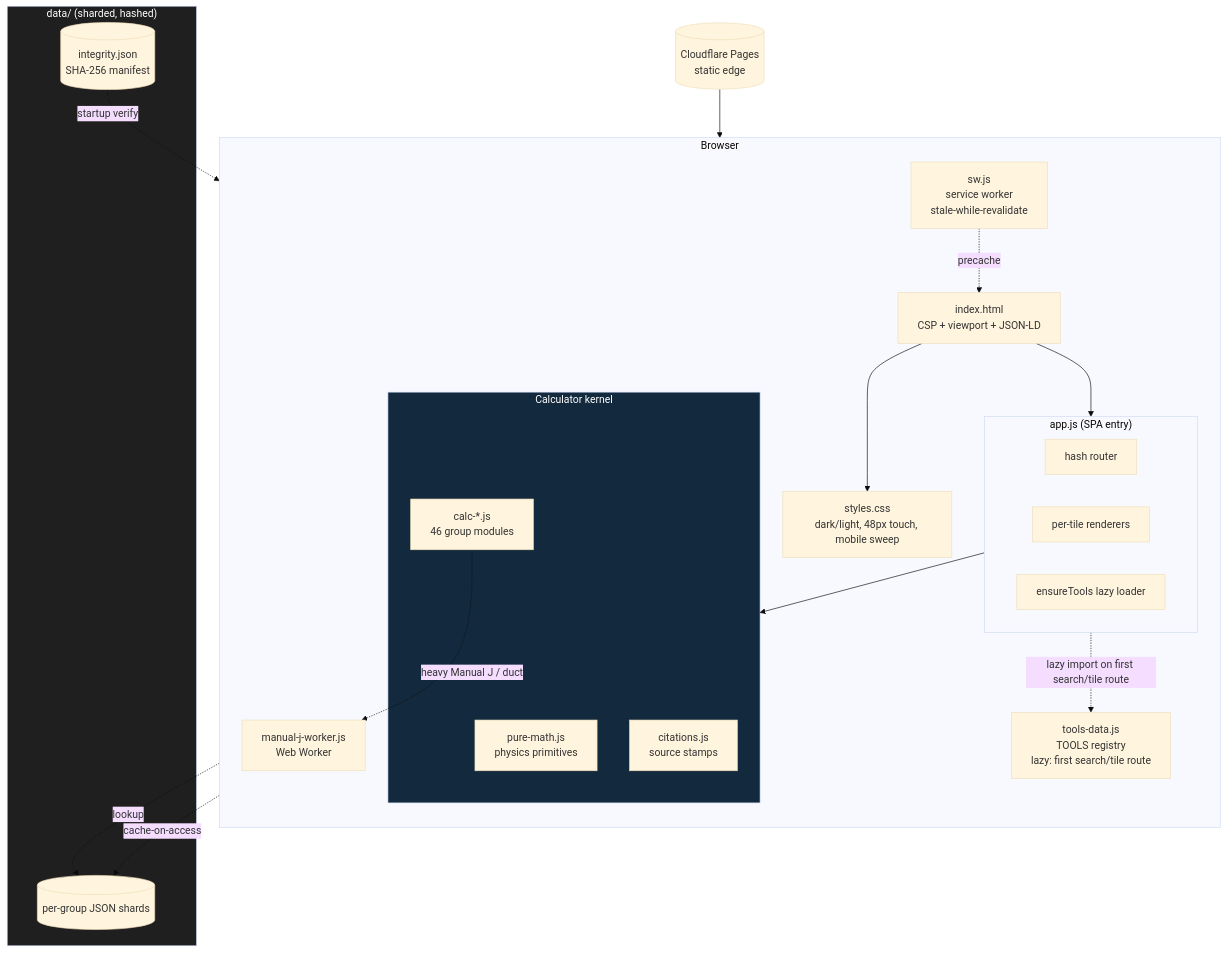
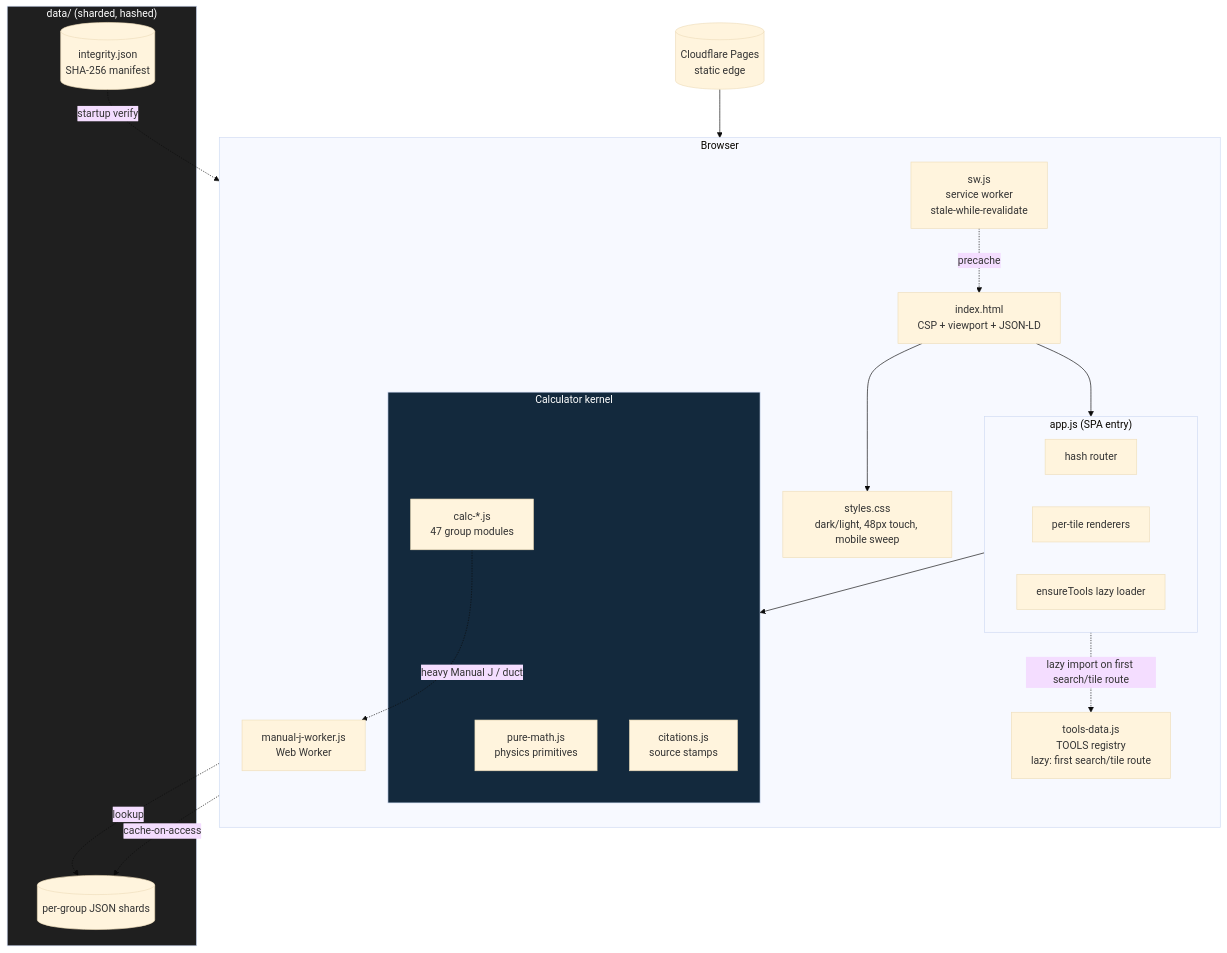
One commit to clay-good/roughlogic.com changed the second of 8 diagrams in README.md. Above: the diagram before and after it, drawn with Mermaid (base theme). The commit also changed other lines of this file and 15 other files, not shown here.

````diff
--- a/README.md
+++ b/README.md
@@ -77,39 +77,39 @@
 ```mermaid
 flowchart TB
     subgraph Browser
         direction TB
         HTML[index.html\nCSP + viewport + JSON-LD]
         CSS[styles.css\ndark/light, 48px touch, mobile sweep]
         subgraph App["app.js (SPA entry)"]
             ROUTE[hash router]
             RENDER[per-tile renderers]
             ENSURE[ensureTools lazy loader]
         end
         TOOLS[tools-data.js\nTOOLS registry\nlazy: first search/tile route]
         subgraph Calc["Calculator kernel"]
             PM[pure-math.js\nphysics primitives]
-            CALC[calc-*.js\n46 group modules]
+            CALC[calc-*.js\n47 group modules]
             CIT[citations.js\nsource stamps]
         end
         SW[sw.js\nservice worker\nstale-while-revalidate]
         WORKER[manual-j-worker.js\nWeb Worker]
     end
     subgraph Data["data/ (sharded, hashed)"]
         SHARDS[(per-group JSON shards)]
         INTEG[(integrity.json\nSHA-256 manifest)]
     end
     CDN[(Cloudflare Pages\nstatic edge)]
 
     CDN --> HTML
     HTML --> CSS
     HTML --> App
     App -.lazy import on first search/tile route.-> TOOLS
     App --> Calc
     CALC -.->|heavy Manual J / duct| WORKER
     CALC -.->|lookup| SHARDS
     SW -.precache.-> HTML
     SW -.cache-on-access.-> SHARDS
     INTEG -.startup verify.-> App
     style Calc fill:#13293d,color:#fff
     style Data fill:#1f1f1f,color:#fff
 ```
````
